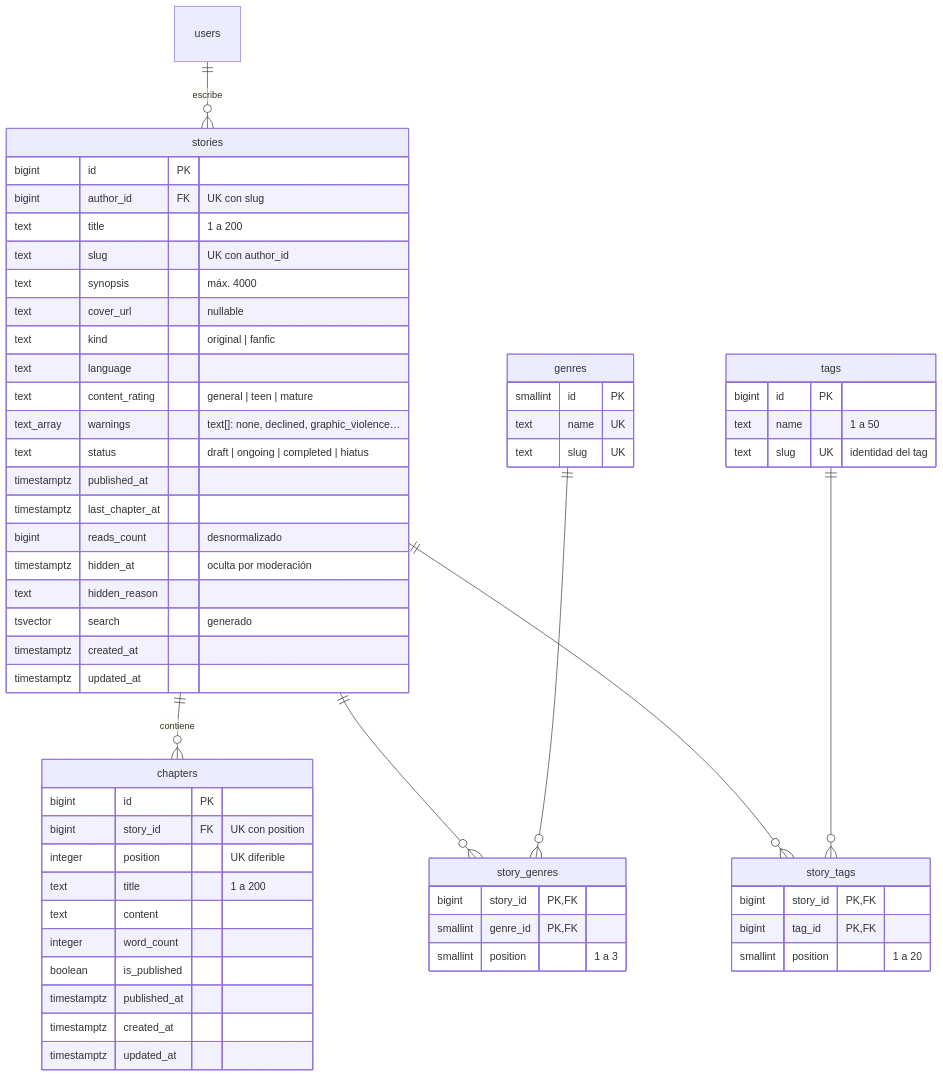
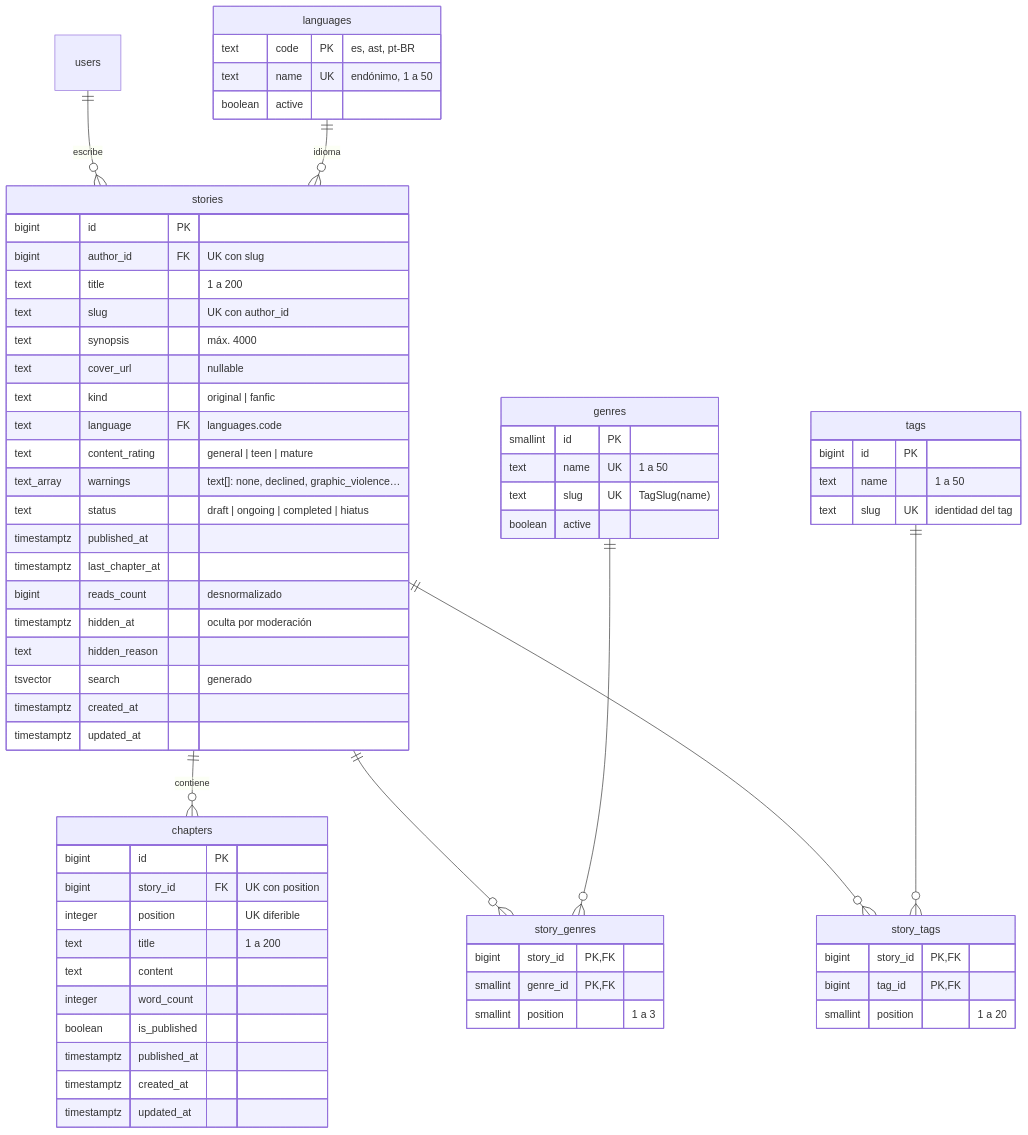
Before and after one commit to diegovhdev/yortale: the third of 7 diagrams in diagrams/er.md, drawn with Mermaid. The commit also changed other lines of this file and 32 other files, not shown here.

````diff
--- a/diagrams/er.md
+++ b/diagrams/er.md
@@ -110,63 +113,70 @@
 ```mermaid
 erDiagram
     users ||--o{ stories : "escribe"
+    languages ||--o{ stories : "idioma"
     stories ||--o{ chapters : "contiene"
     stories ||--o{ story_genres : ""
     genres ||--o{ story_genres : ""
     stories ||--o{ story_tags : ""
     tags ||--o{ story_tags : ""
 
     stories {
         bigint id PK
         bigint author_id FK "UK con slug"
         text title "1 a 200"
         text slug "UK con author_id"
         text synopsis "máx. 4000"
         text cover_url "nullable"
         text kind "original | fanfic"
-        text language
+        text language FK "languages.code"
         text content_rating "general | teen | mature"
         text_array warnings "text[]: none, declined, graphic_violence…"
         text status "draft | ongoing | completed | hiatus"
         timestamptz published_at
         timestamptz last_chapter_at
         bigint reads_count "desnormalizado"
         timestamptz hidden_at "oculta por moderación"
         text hidden_reason
         tsvector search "generado"
         timestamptz created_at
         timestamptz updated_at
     }
     chapters {
         bigint id PK
         bigint story_id FK "UK con position"
         integer position "UK diferible"
         text title "1 a 200"
         text content
         integer word_count
         boolean is_published
         timestamptz published_at
         timestamptz created_at
         timestamptz updated_at
     }
+    languages {
+        text code PK "es, ast, pt-BR"
+        text name UK "endónimo, 1 a 50"
+        boolean active
+    }
     genres {
         smallint id PK
-        text name UK
-        text slug UK
+        text name UK "1 a 50"
+        text slug UK "TagSlug(name)"
+        boolean active
     }
     story_genres {
         bigint story_id PK, FK
         smallint genre_id PK, FK
         smallint position "1 a 3"
     }
     tags {
         bigint id PK
         text name "1 a 50"
         text slug UK "identidad del tag"
     }
     story_tags {
         bigint story_id PK, FK
         bigint tag_id PK, FK
         smallint position "1 a 20"
     }
 ```
````
